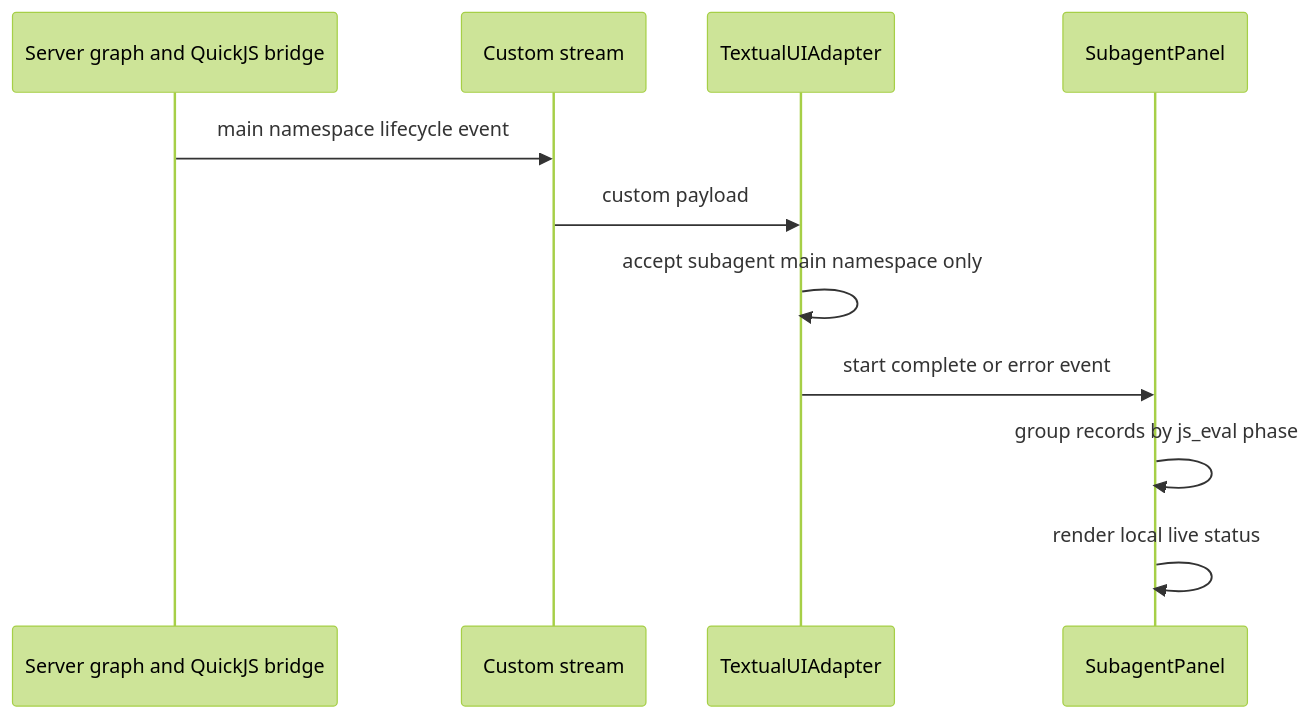
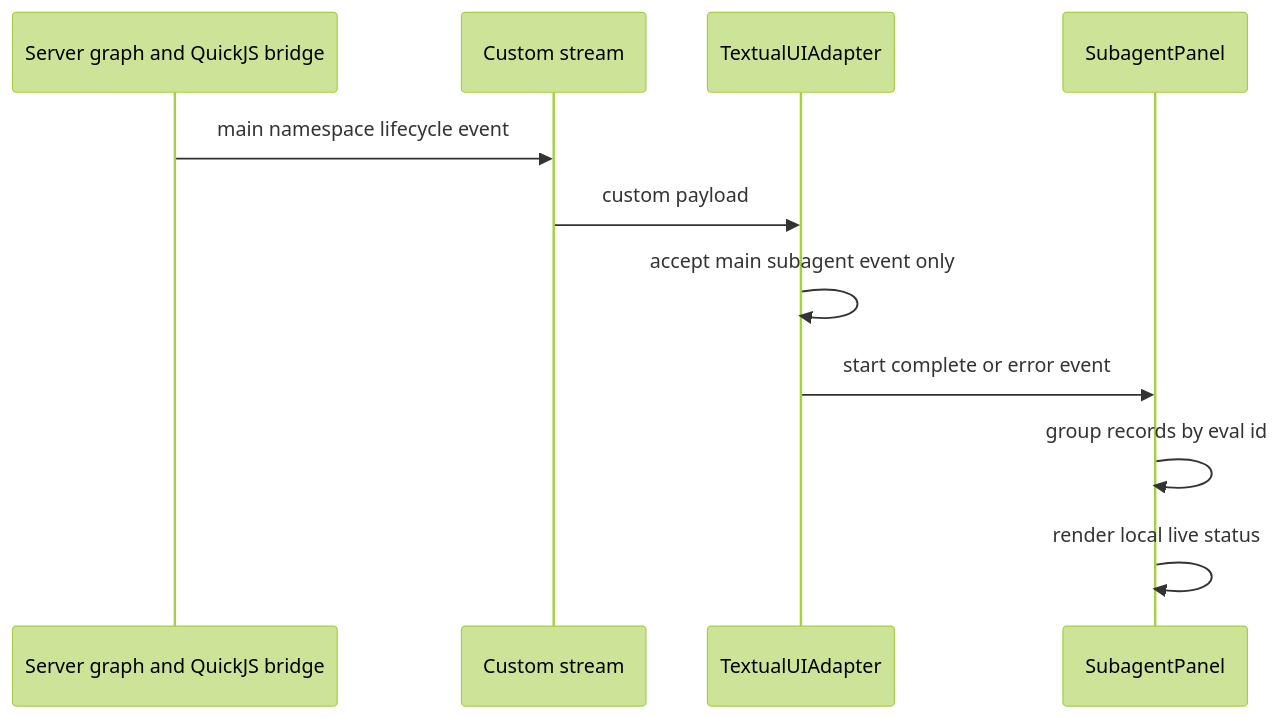
The third of 4 diagrams in openwiki/architecture/code-agent.md (langchain-ai/deepagents), drawn with Mermaid (forest theme) before and after one commit. The commit also changed other lines of this file and 15 other files, not shown here.

````diff
--- a/openwiki/architecture/code-agent.md
+++ b/openwiki/architecture/code-agent.md
@@ -147,13 +109,13 @@
 ```mermaid
 sequenceDiagram
     participant Server as Server graph and QuickJS bridge
     participant Stream as Custom stream
     participant Adapter as TextualUIAdapter
     participant Panel as SubagentPanel
     Server->>Stream: main namespace lifecycle event
     Stream->>Adapter: custom payload
-    Adapter->>Adapter: accept subagent main namespace only
+    Adapter->>Adapter: accept main subagent event only
     Adapter->>Panel: start complete or error event
-    Panel->>Panel: group records by js_eval phase
+    Panel->>Panel: group records by eval id
     Panel->>Panel: render local live status
 ```
````
